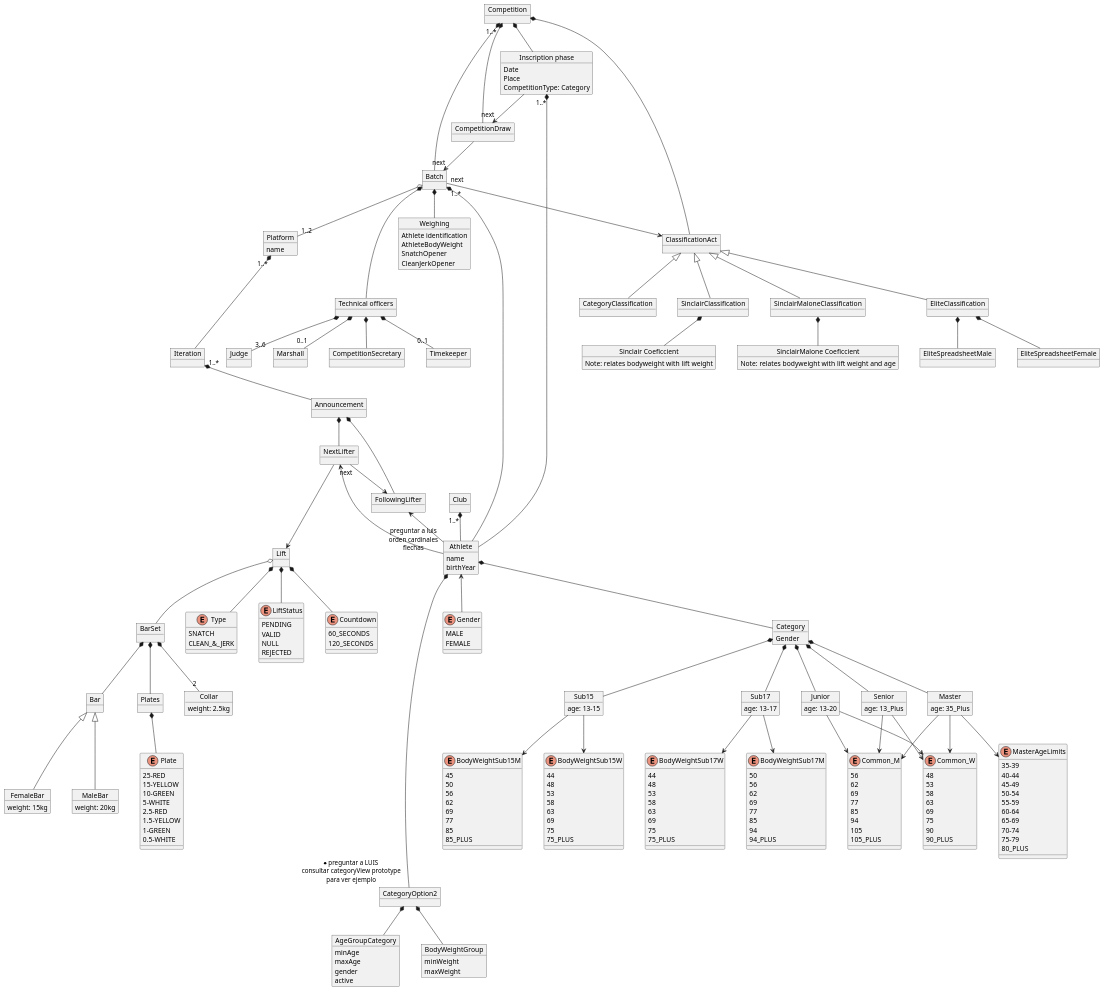
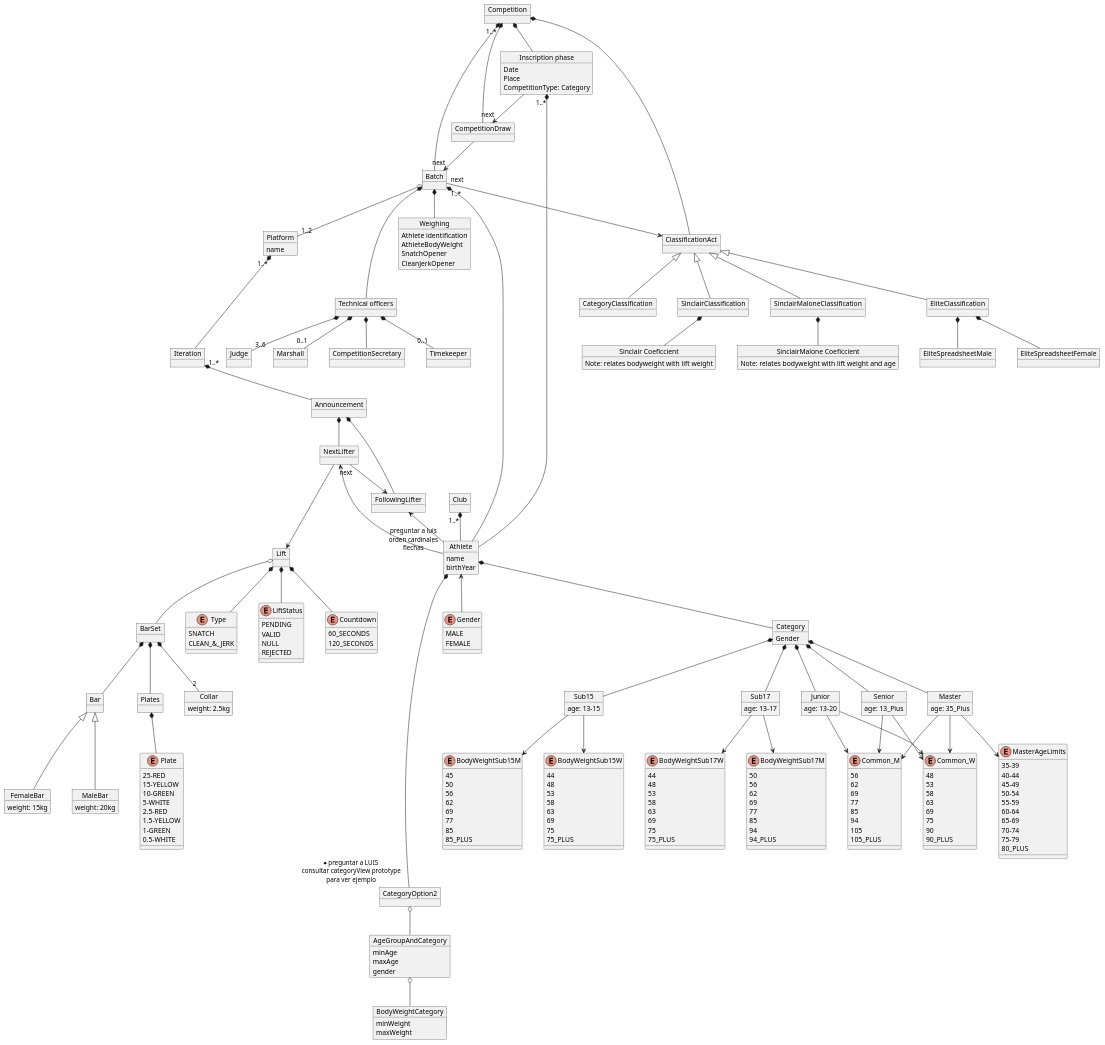
One commit to zuldare/mastercloud_pfm_halterocms changed the diagram in diagrams/modelDomain/competitionDomainModel.puml. Above: the diagram before and after it, drawn with PlantUML.

Commit message:
Added other option for categories

```diff
--- a/diagrams/modelDomain/competitionDomainModel.puml
+++ b/diagrams/modelDomain/competitionDomainModel.puml
@@ -281,18 +281,17 @@
 
 
 object CategoryOption2
-object AgeGroupCategory {
+object AgeGroupAndCategory {
   minAge
   maxAge
   gender
-  active
 }
-object BodyWeightGroup {
+object BodyWeightCategory {
   minWeight
   maxWeight
 }
 
 Athlete *----- "*preguntar a LUIS\n consultar categoryView prototype\n para ver ejemplo" CategoryOption2
-CategoryOption2 *-- AgeGroupCategory
-CategoryOption2 *-- BodyWeightGroup
+CategoryOption2 o-- AgeGroupAndCategory
+AgeGroupAndCategory o-- BodyWeightCategory
 @enduml
```
